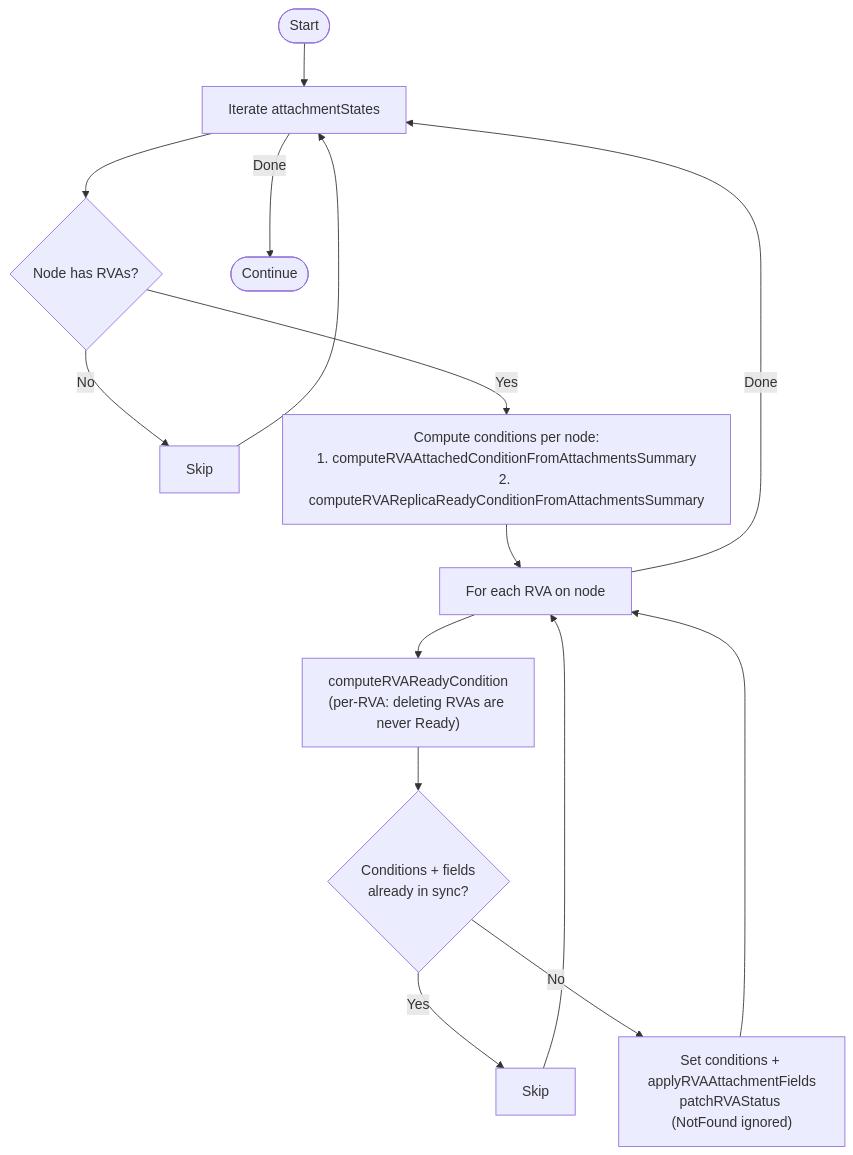
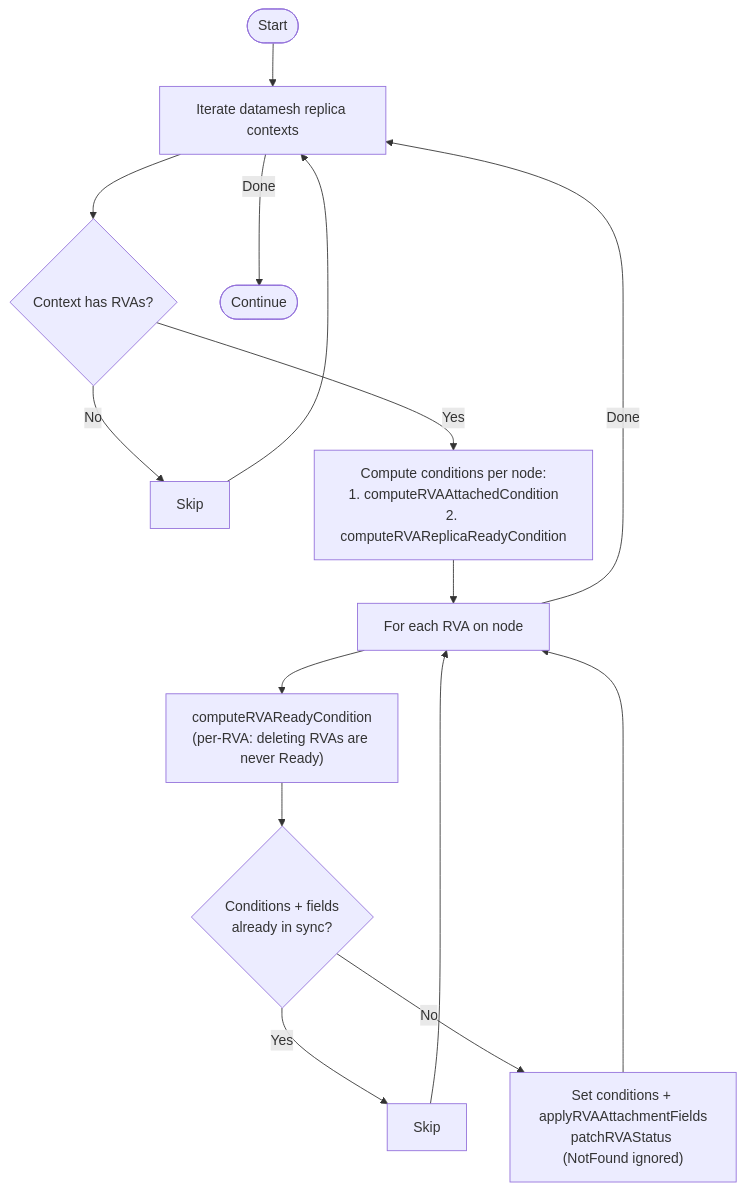
Before and after one commit to deckhouse/sds-replicated-volume: the eighth of 9 diagrams in images/controller/internal/controllers/rv_controller/README.md, drawn with Mermaid. The commit also changed other lines of this file and 11 other files, not shown here.

````diff
--- a/images/controller/internal/controllers/rv_controller/README.md
+++ b/images/controller/internal/controllers/rv_controller/README.md
@@ -666,17 +631,17 @@
 ```mermaid
 flowchart TD
-    Start([Start]) --> IterStates["Iterate attachmentStates"]
-    IterStates --> CheckRVAs{"Node has RVAs?"}
+    Start([Start]) --> IterContexts["Iterate datamesh replica contexts"]
+    IterContexts --> CheckRVAs{"Context has RVAs?"}
     CheckRVAs -->|No| SkipNode[Skip]
-    CheckRVAs -->|Yes| ComputeConds["Compute conditions per node:<br/>1. computeRVAAttachedConditionFromAttachmentsSummary<br/>2. computeRVAReplicaReadyConditionFromAttachmentsSummary"]
+    CheckRVAs -->|Yes| ComputeConds["Compute conditions per node:<br/>1. computeRVAAttachedCondition<br/>2. computeRVAReplicaReadyCondition"]
     ComputeConds --> IterRVAs["For each RVA on node"]
     IterRVAs --> ComputeReady["computeRVAReadyCondition<br/>(per-RVA: deleting RVAs are never Ready)"]
     ComputeReady --> CheckSync{"Conditions + fields<br/>already in sync?"}
     CheckSync -->|Yes| SkipRVA[Skip]
     CheckSync -->|No| Patch["Set conditions + applyRVAAttachmentFields<br/>patchRVAStatus (NotFound ignored)"]
     SkipRVA --> IterRVAs
     Patch --> IterRVAs
-    IterRVAs -->|Done| IterStates
-    SkipNode --> IterStates
-    IterStates -->|Done| End([Continue])
+    IterRVAs -->|Done| IterContexts
+    SkipNode --> IterContexts
+    IterContexts -->|Done| End([Continue])
 ```
````
